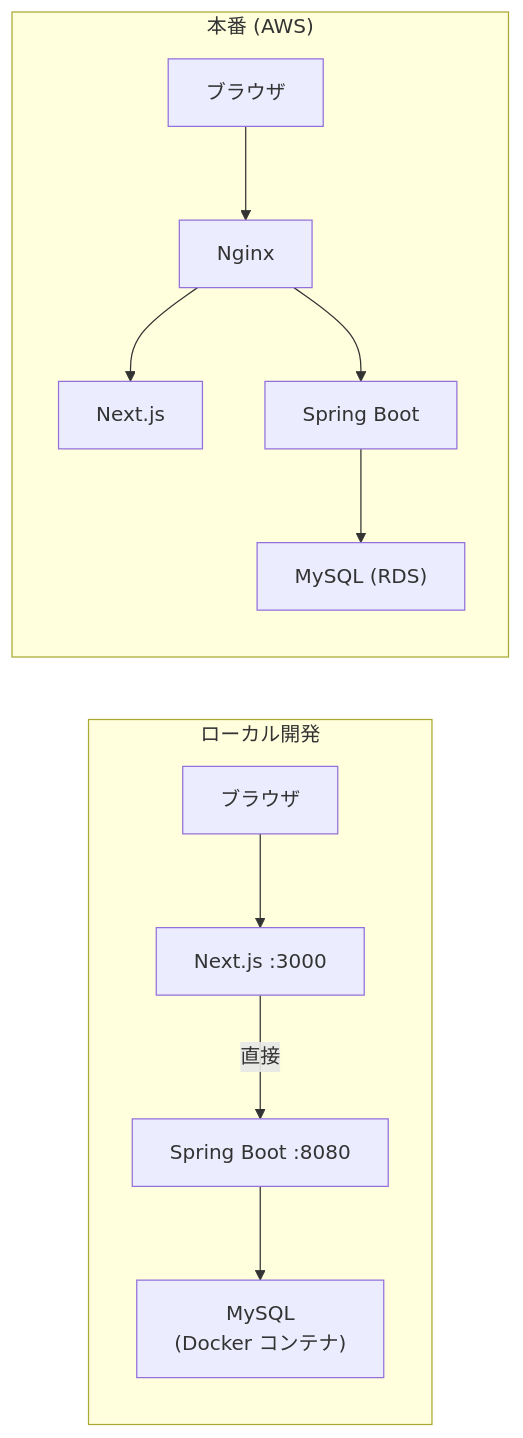
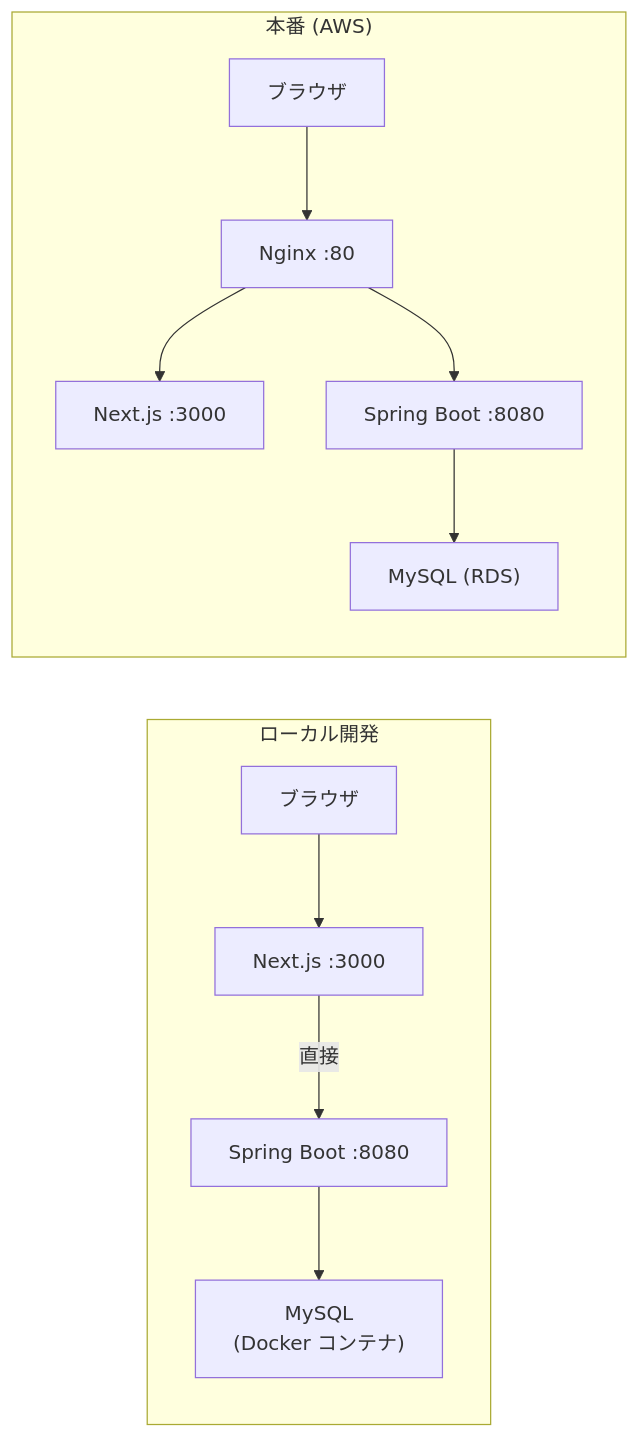
The second of 3 diagrams in docs/architecture.md (yuhihamada0703/inquiry-management), drawn with Mermaid before and after one commit. The commit also changed other lines of this file and 4 other files, not shown here.

````diff
--- a/docs/architecture.md
+++ b/docs/architecture.md
@@ -41,15 +137,15 @@
 ```mermaid
 graph LR
     subgraph Local["ローカル開発"]
         L_Browser["ブラウザ"] --> L_Next["Next.js :3000"]
         L_Next -->|"直接"| L_Spring["Spring Boot :8080"]
         L_Spring --> L_Docker["MySQL\n(Docker コンテナ)"]
     end
 
     subgraph Prod["本番 (AWS)"]
-        P_Browser["ブラウザ"] --> P_Nginx["Nginx"]
-        P_Nginx --> P_Next["Next.js"]
-        P_Nginx --> P_Spring["Spring Boot"]
+        P_Browser["ブラウザ"] --> P_Nginx["Nginx :80"]
+        P_Nginx --> P_Next["Next.js :3000"]
+        P_Nginx --> P_Spring["Spring Boot :8080"]
         P_Spring --> P_RDS["MySQL (RDS)"]
     end
 ```
````
